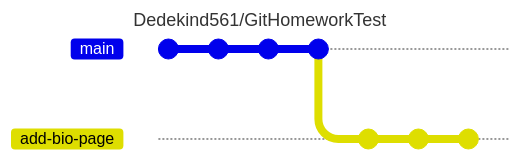
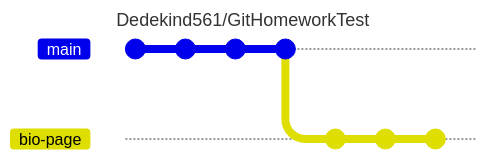
Before and after one commit to CodeYourFuture/curriculum: the second of 2 diagrams in content/guides/create-a-pull-request/index.md, drawn with Mermaid. The commit also changed other lines of this file, not shown here. Commit ids are hidden.

Commit message:
rename branch

````diff
--- a/content/guides/create-a-pull-request/index.md
+++ b/content/guides/create-a-pull-request/index.md
@@ -36,14 +37,14 @@
 ```mermaid
 ---
 title: Dedekind561/GitHomeworkTest
 ---
 gitGraph
    commit
    commit
    commit
    commit
-   branch add-bio-page
+   branch bio-page
    commit
    commit
    commit
 ```
````
